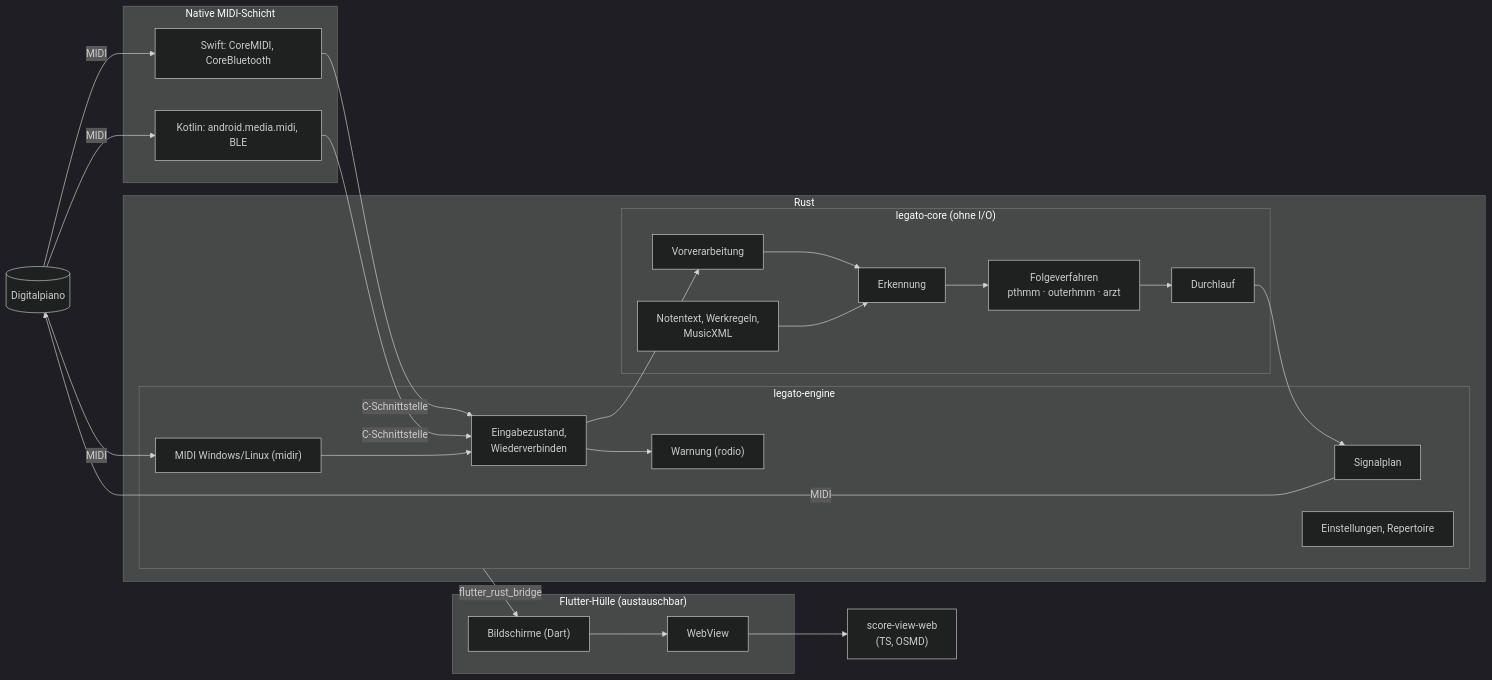
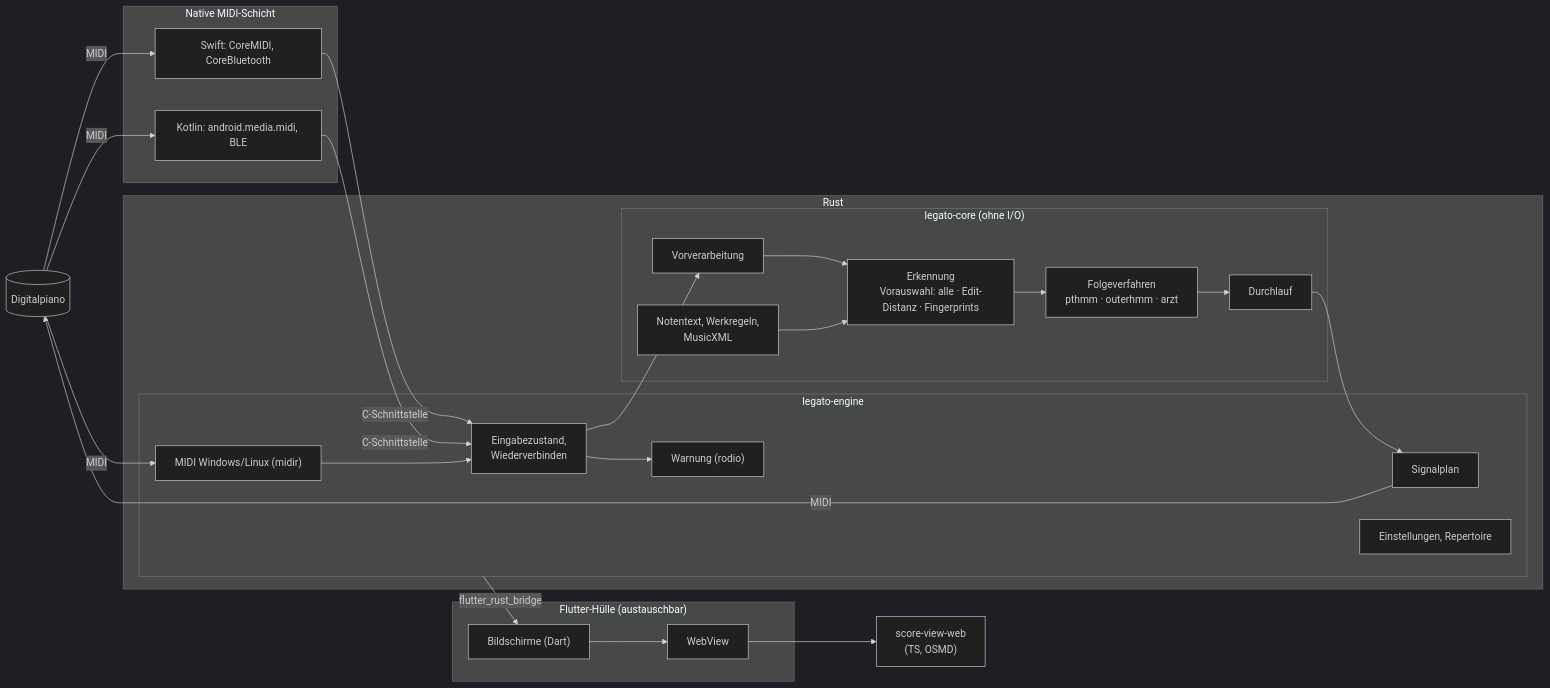
Before and after one commit to Meisterschueler/legato: the diagram in specs/001-legato-mvp/plan.md, drawn with Mermaid (dark theme). The commit also changed other lines of this file and 7 other files, not shown here.

First line of the commit message:
docs(specs): wählbare Vorauswahl bei der Erkennung (FR-085, R15)

````diff
--- a/specs/001-legato-mvp/plan.md
+++ b/specs/001-legato-mvp/plan.md
@@ -56,37 +56,37 @@
 ```mermaid
 flowchart LR
     Piano[(Digitalpiano)]
     subgraph Nativ["Native MIDI-Schicht"]
         Swift["Swift: CoreMIDI, CoreBluetooth"]
         Kotlin["Kotlin: android.media.midi, BLE"]
     end
     subgraph Rust["Rust"]
         subgraph Engine["legato-engine"]
             Desk["MIDI Windows/Linux (midir)"]
             Verb["Eingabezustand,<br/>Wiederverbinden"]
             Sig["Signalplan"]
             Warn["Warnung (rodio)"]
             Pers["Einstellungen, Repertoire"]
         end
         subgraph Kern["legato-core (ohne I/O)"]
             Vor["Vorverarbeitung"]
-            Erk["Erkennung"]
+            Erk["Erkennung<br/>Vorauswahl: alle · Edit-Distanz · Fingerprints"]
             Folge["Folgeverfahren<br/>pthmm · outerhmm · arzt"]
             Dl["Durchlauf"]
             Noten["Notentext, Werkregeln,<br/>MusicXML"]
         end
     end
     subgraph Huelle["Flutter-Hülle (austauschbar)"]
         UI["Bildschirme (Dart)"]
         WV["WebView"]
     end
     Web["score-view-web<br/>(TS, OSMD)"]
     Piano -- MIDI --> Swift & Kotlin -- "C-Schnittstelle" --> Verb
     Piano -- MIDI --> Desk --> Verb
     Verb --> Vor --> Erk --> Folge --> Dl
     Dl --> Sig -- MIDI --> Piano
     Verb --> Warn
     Noten --> Erk
     Engine -- "flutter_rust_bridge" --> UI
     UI --> WV --> Web
 ```
````
